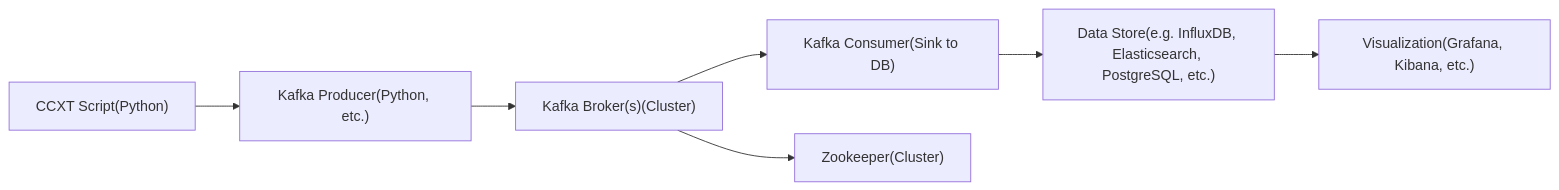
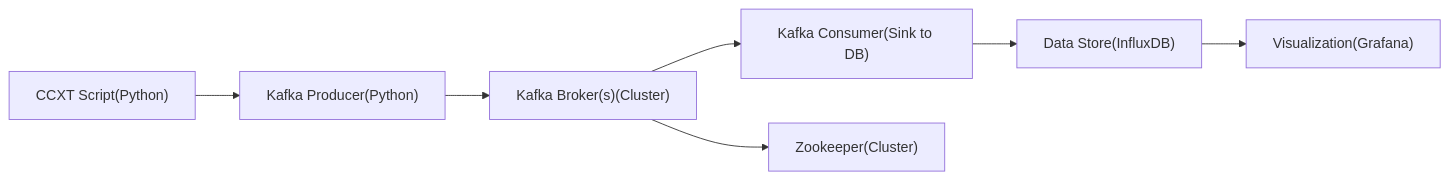
The diagram in README.md (Moe-Dada/Kline_data_streaming_and_visualation), drawn with Mermaid before and after one commit.

````diff
--- a/README.md
+++ b/README.md
@@ -6,9 +6,9 @@
 ```mermaid
 graph LR
-    A["CCXT Script(Python)"] --> B["Kafka Producer(Python, etc.)"]
+    A["CCXT Script(Python)"] --> B["Kafka Producer(Python)"]
     B --> C["Kafka Broker(s)(Cluster)"]
     C --> D["Kafka Consumer(Sink to DB)"]
-    D --> E["Data Store(e.g. InfluxDB, Elasticsearch, PostgreSQL, etc.)"]
-    E --> F["Visualization(Grafana, Kibana, etc.)"]
+    D --> E["Data Store(InfluxDB)"]
+    E --> F["Visualization(Grafana)"]
     C --> Z["Zookeeper(Cluster)"]
 ```
````
